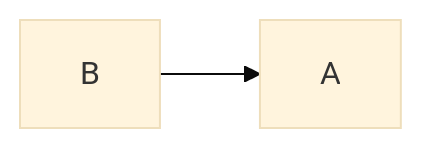
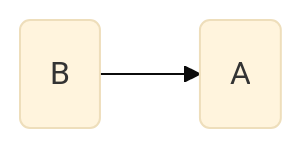
The second of 4 diagrams in docs/Bioinformatics_Concepts/Population_Stratification.md (trafalmadorian97/mecfs_bioinformatics), drawn with Mermaid (base theme) before and after one commit. The commit also changed other lines of this file, not shown here.

````diff
--- a/docs/Bioinformatics_Concepts/Population_Stratification.md
+++ b/docs/Bioinformatics_Concepts/Population_Stratification.md
@@ -19,4 +20,4 @@
 ``` mermaid
 graph LR
-B --> A;
+B(B) --> A(A);
 ```
````
